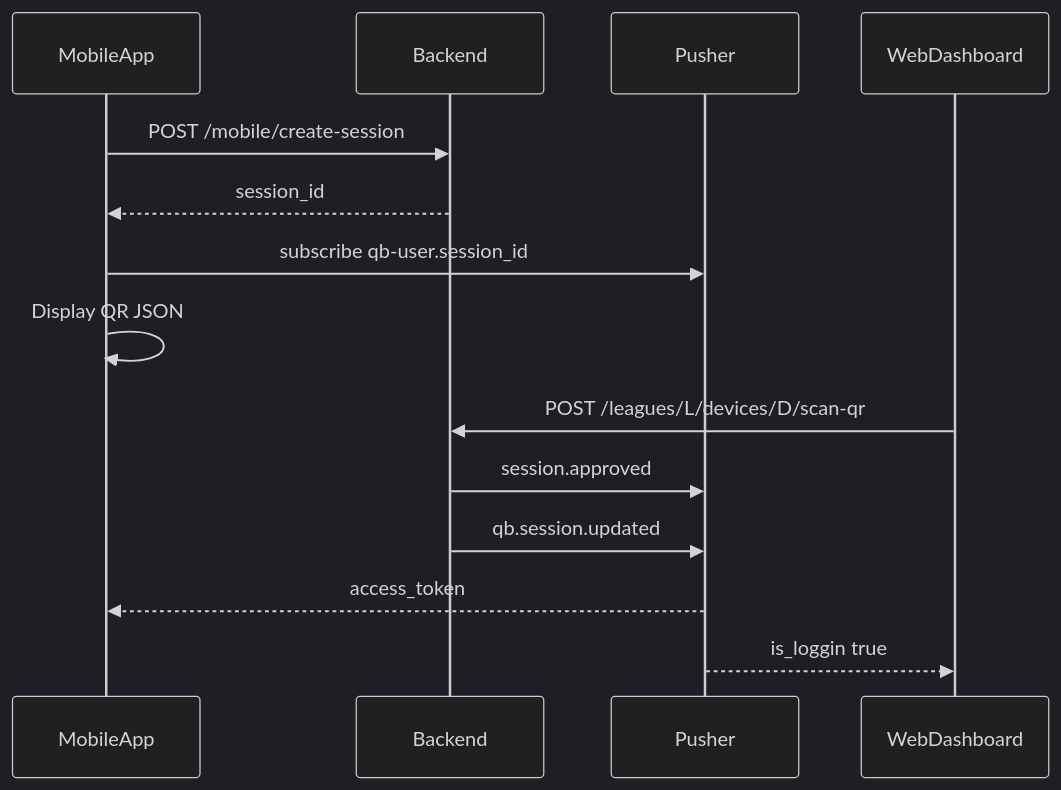
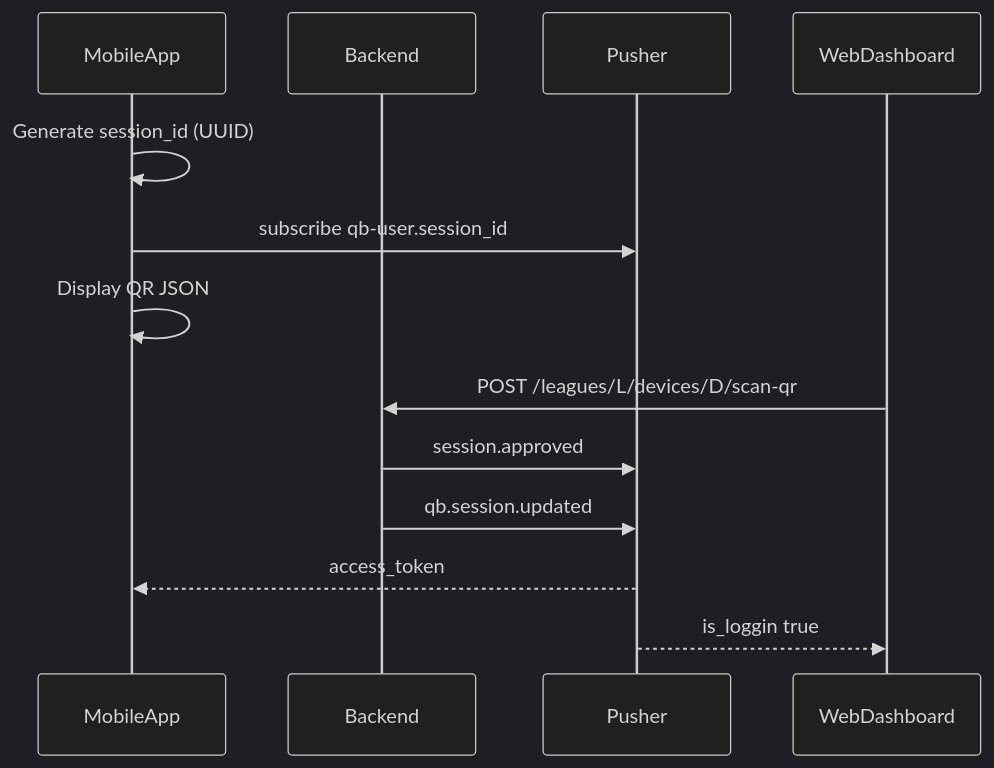
Before and after one commit to danielkh-work/assistant-caoch: the fifth of 6 diagrams in docs/LEAGUE_DEVICES.md, drawn with Mermaid (dark theme). The commit also changed other lines of this file and 5 other files, not shown here.

````diff
--- a/docs/LEAGUE_DEVICES.md
+++ b/docs/LEAGUE_DEVICES.md
@@ -552,17 +531,16 @@
 ```mermaid
 sequenceDiagram
     participant App as MobileApp
     participant API as Backend
     participant Pusher as Pusher
     participant Web as WebDashboard
 
-    App->>API: POST /mobile/create-session
-    API-->>App: session_id
+    App->>App: Generate session_id (UUID)
     App->>Pusher: subscribe qb-user.session_id
     App->>App: Display QR JSON
     Web->>API: POST /leagues/L/devices/D/scan-qr
     API->>Pusher: session.approved
     API->>Pusher: qb.session.updated
     Pusher-->>App: access_token
     Pusher-->>Web: is_loggin true
 ```
````
